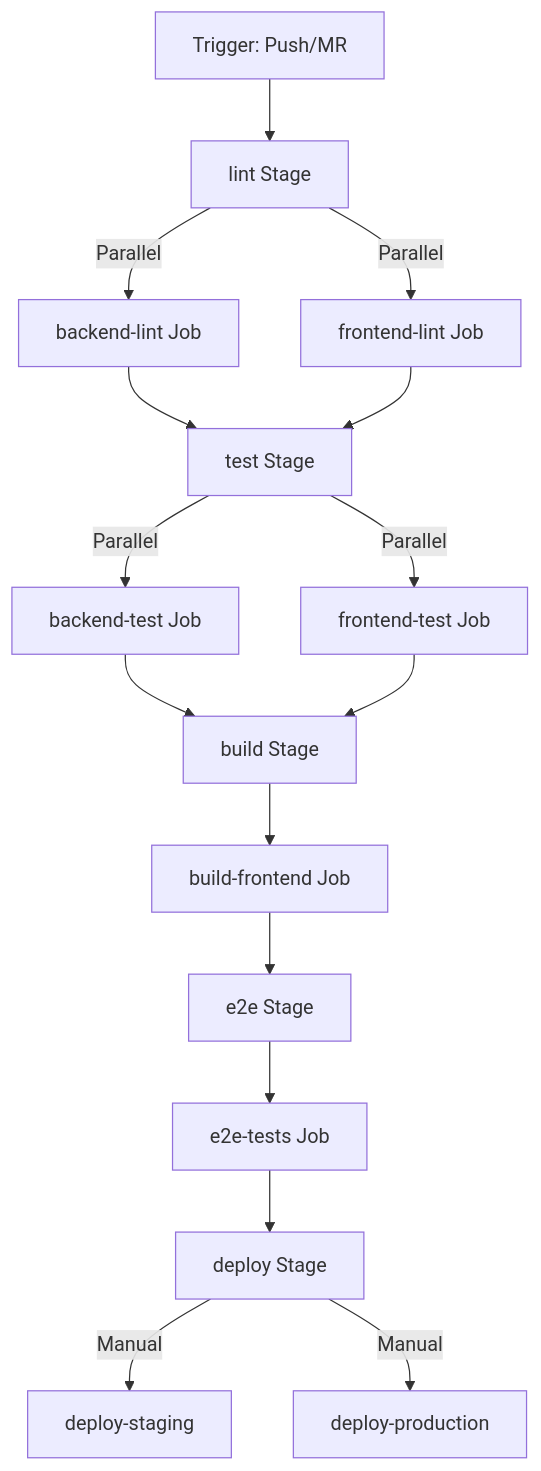
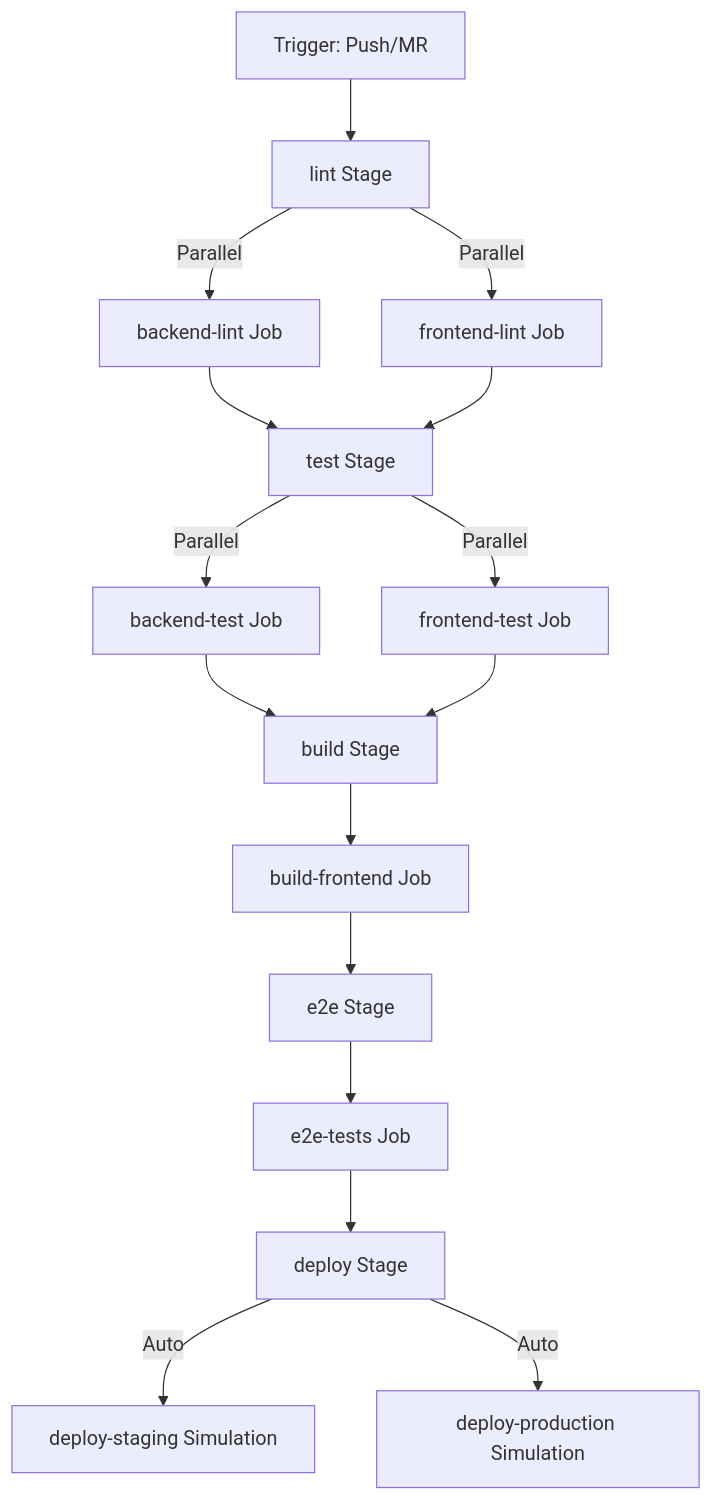
One commit to inf4395/bmi_app changed the fourth of 5 diagrams in docs/THESIS-KAPITEL-5-TECHNISCHE-UMSETZUNG.md. Above: the diagram before and after it, drawn with Mermaid. The commit also changed other lines of this file and 4 other files, not shown here.

Commit message:
feat: Align all CI/CD pipelines for fair comparison - Disable Docker Build and standardize deploy simulation

````diff
--- a/docs/THESIS-KAPITEL-5-TECHNISCHE-UMSETZUNG.md
+++ b/docs/THESIS-KAPITEL-5-TECHNISCHE-UMSETZUNG.md
@@ -147,18 +145,18 @@
 ```mermaid
 graph TD
     A[Trigger: Push/MR] --> B[lint Stage]
     B -->|Parallel| C[backend-lint Job]
     B -->|Parallel| D[frontend-lint Job]
     C --> E[test Stage]
     D --> E
     E -->|Parallel| F[backend-test Job]
     E -->|Parallel| G[frontend-test Job]
     F --> H[build Stage]
     G --> H
     H --> I[build-frontend Job]
     I --> J[e2e Stage]
     J --> K[e2e-tests Job]
     K --> L[deploy Stage]
-    L -->|Manual| M[deploy-staging]
-    L -->|Manual| N[deploy-production]
+    L -->|Auto| M[deploy-staging Simulation]
+    L -->|Auto| N[deploy-production Simulation]
 ```
````
